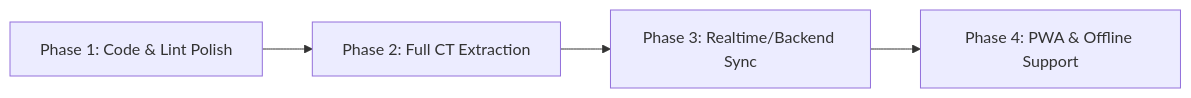
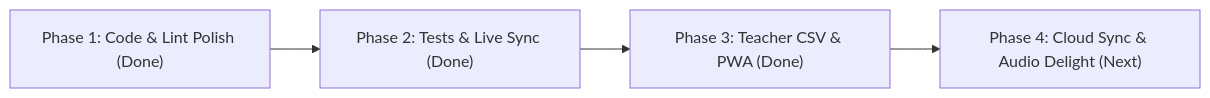
The diagram in docs/PROJECT_REVIEW.md (rkmaheshglobal/CTAI6), drawn with Mermaid before and after one commit. The commit also changed other lines of this file and 5 other files, not shown here.

First line of the commit message:
feat: add teacher gradebook CSV export, PWA manifest, and update project review

````diff
--- a/docs/PROJECT_REVIEW.md
+++ b/docs/PROJECT_REVIEW.md
@@ -116,6 +87,6 @@
 ```mermaid
 flowchart LR
-    A["Phase 1: Code & Lint Polish"] --> B["Phase 2: Full CT Extraction"]
-    B --> C["Phase 3: Realtime/Backend Sync"]
-    C --> D["Phase 4: PWA & Offline Support"]
+    A["Phase 1: Code & Lint Polish (Done)"] --> B["Phase 2: Tests & Live Sync (Done)"]
+    B --> C["Phase 3: Teacher CSV & PWA (Done)"]
+    C --> D["Phase 4: Cloud Sync & Audio Delight (Next)"]
 ```
````
